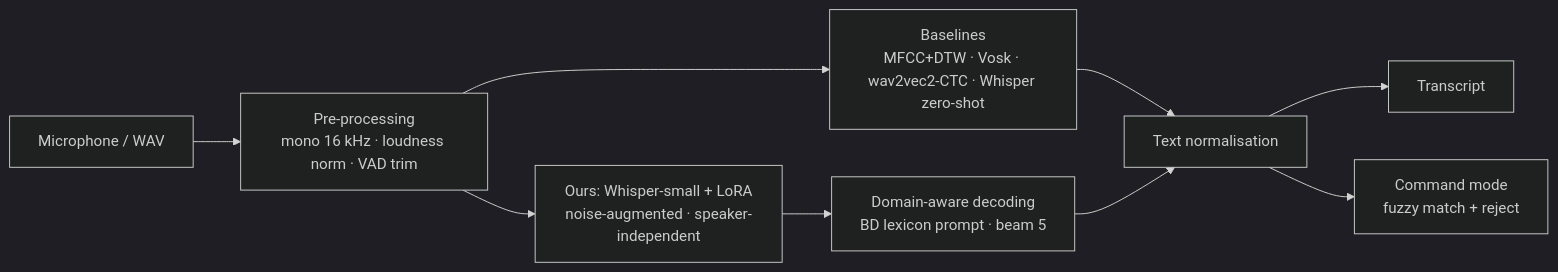
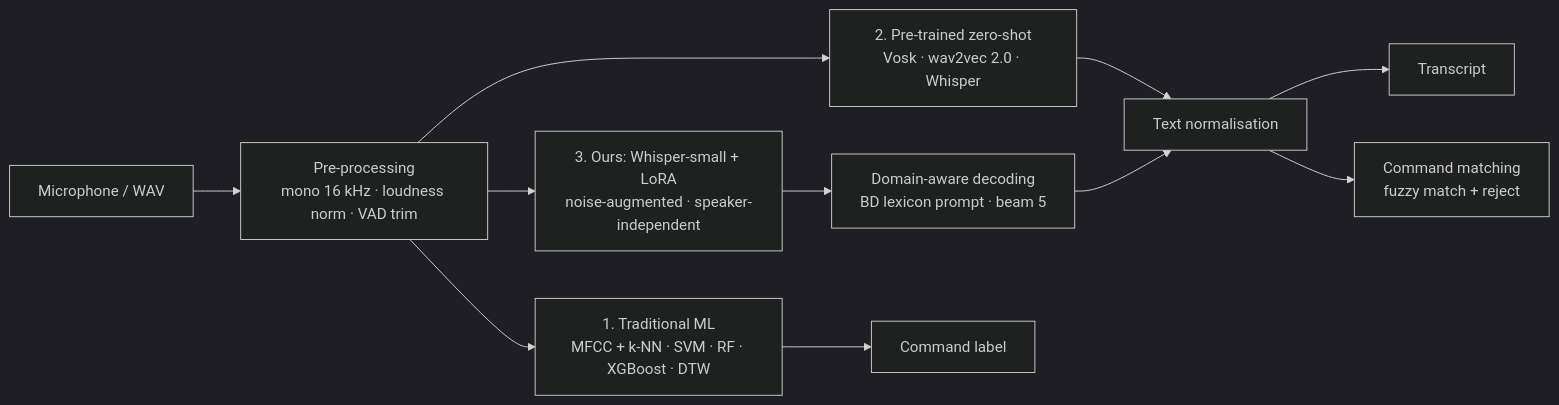
The diagram in docs/PROJECT_PLAN.md (minhaz-42/Voices-Speech-Recognition-445), drawn with Mermaid (dark theme) before and after one commit. The commit also changed other lines of this file and 6 other files, not shown here.

````diff
--- a/docs/PROJECT_PLAN.md
+++ b/docs/PROJECT_PLAN.md
@@ -147,11 +114,13 @@
 ```mermaid
 flowchart LR
     A[Microphone / WAV] --> B[Pre-processing<br/>mono 16 kHz · loudness norm · VAD trim]
-    B --> C1[Baselines<br/>MFCC+DTW · Vosk · wav2vec2-CTC · Whisper zero-shot]
-    B --> C2[Ours: Whisper-small + LoRA<br/>noise-augmented · speaker-independent]
-    C2 --> D[Domain-aware decoding<br/>BD lexicon prompt · beam 5]
-    C1 --> E[Text normalisation]
-    D --> E
-    E --> F[Transcript]
-    E --> G[Command mode<br/>fuzzy match + reject]
+    B --> T[1. Traditional ML<br/>MFCC + k-NN · SVM · RF · XGBoost · DTW]
+    B --> Z[2. Pre-trained zero-shot<br/>Vosk · wav2vec 2.0 · Whisper]
+    B --> O[3. Ours: Whisper-small + LoRA<br/>noise-augmented · speaker-independent]
+    O --> D[Domain-aware decoding<br/>BD lexicon prompt · beam 5]
+    Z --> N[Text normalisation]
+    D --> N
+    T --> C[Command label]
+    N --> F[Transcript]
+    N --> M[Command matching<br/>fuzzy match + reject]
 ```
````
